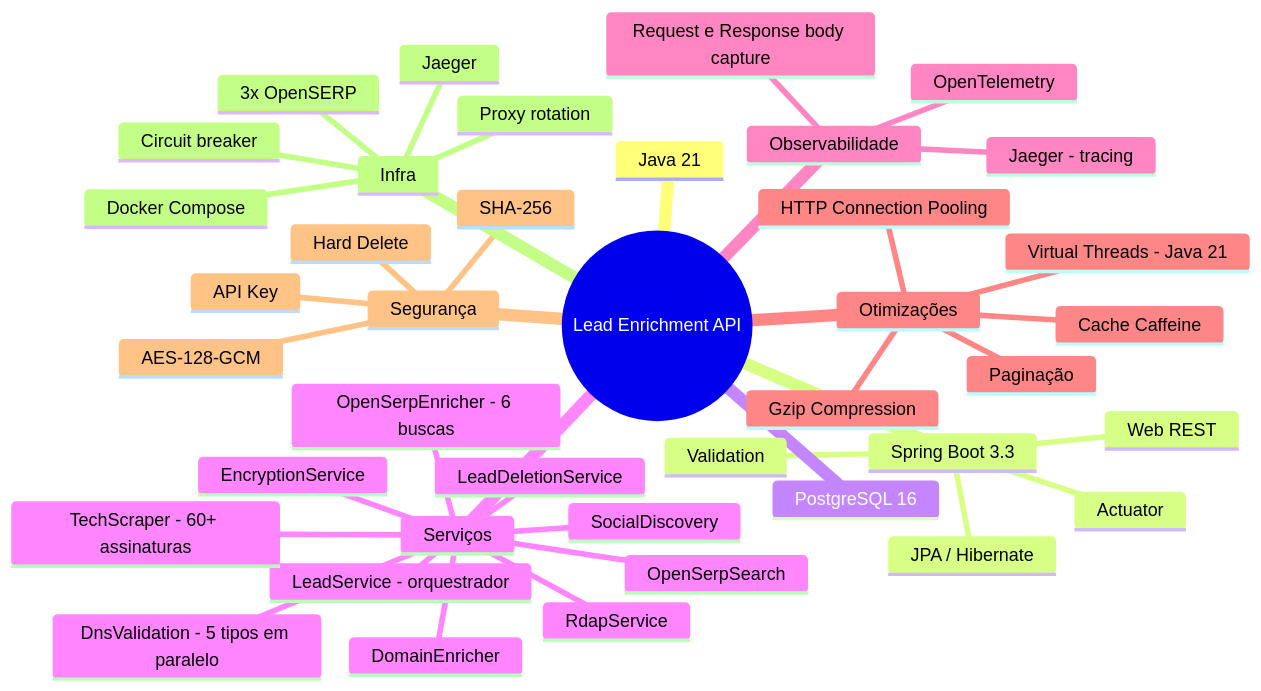
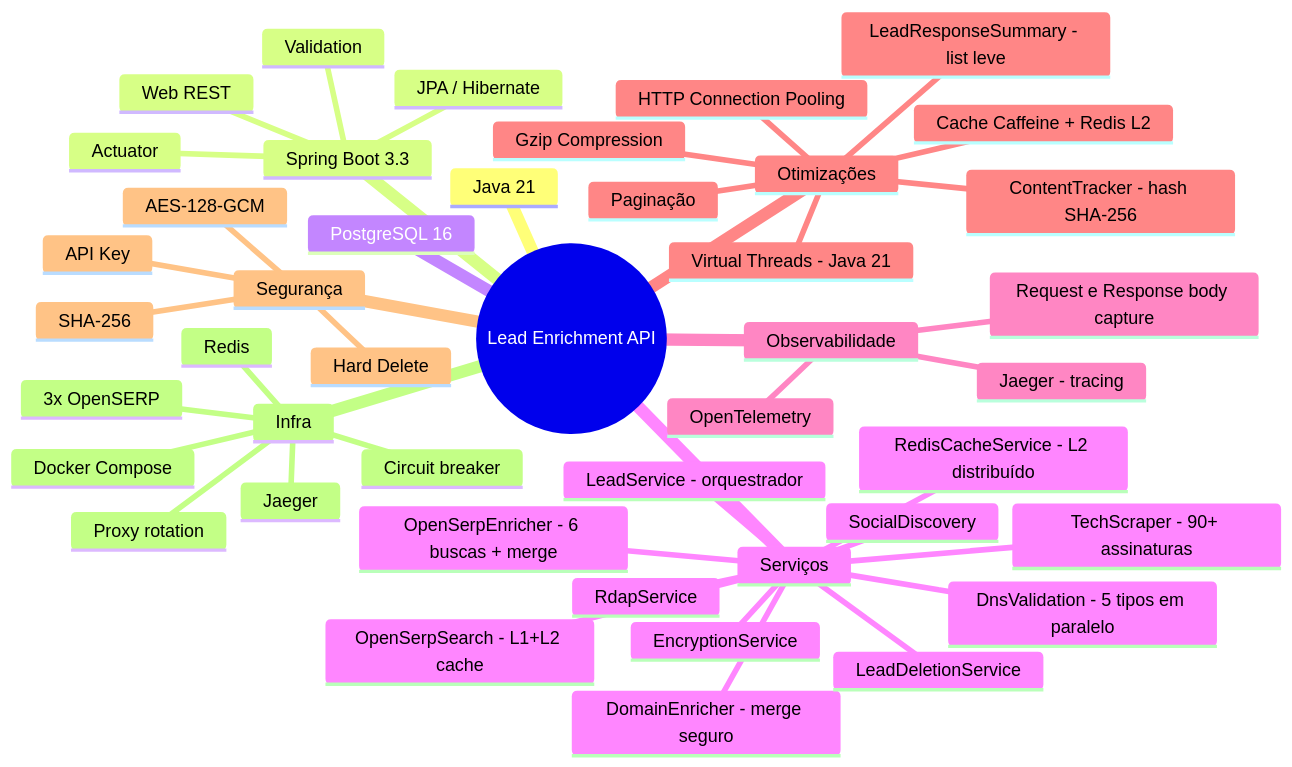
One commit to pdrodavi/lead-enrichment-api changed the diagram in README.md. Above: the diagram before and after it, drawn with Mermaid. The commit also changed other lines of this file and 34 other files, not shown here.

Commit message:
otimizado com cache e redis

````diff
--- a/README.md
+++ b/README.md
@@ -94,43 +96,47 @@
 ```mermaid
 mindmap
   root((Lead Enrichment API))
     Java 21
     Spring Boot 3.3
       Web REST
       JPA / Hibernate
       Actuator
       Validation
     PostgreSQL 16
     Serviços
       LeadService - orquestrador
-      OpenSerpEnricher - 6 buscas
-      DomainEnricher
+      OpenSerpEnricher - 6 buscas + merge
+      DomainEnricher - merge seguro
       LeadDeletionService
+      RedisCacheService - L2 distribuído
       DnsValidation - 5 tipos em paralelo
-      TechScraper - 60+ assinaturas
+      TechScraper - 90+ assinaturas
       SocialDiscovery
       RdapService
-      OpenSerpSearch
+      OpenSerpSearch - L1+L2 cache
       EncryptionService
     Observabilidade
       OpenTelemetry
       Jaeger - tracing
       Request e Response body capture
     Otimizações
-      Cache Caffeine
+      Cache Caffeine + Redis L2
+      ContentTracker - hash SHA-256
       HTTP Connection Pooling
       Virtual Threads - Java 21
       Gzip Compression
       Paginação
+      LeadResponseSummary - list leve
     Segurança
       AES-128-GCM
       SHA-256
       API Key
       Hard Delete
     Infra
       Docker Compose
+      Redis
       Jaeger
       3x OpenSERP
       Proxy rotation
       Circuit breaker
 ```
````
